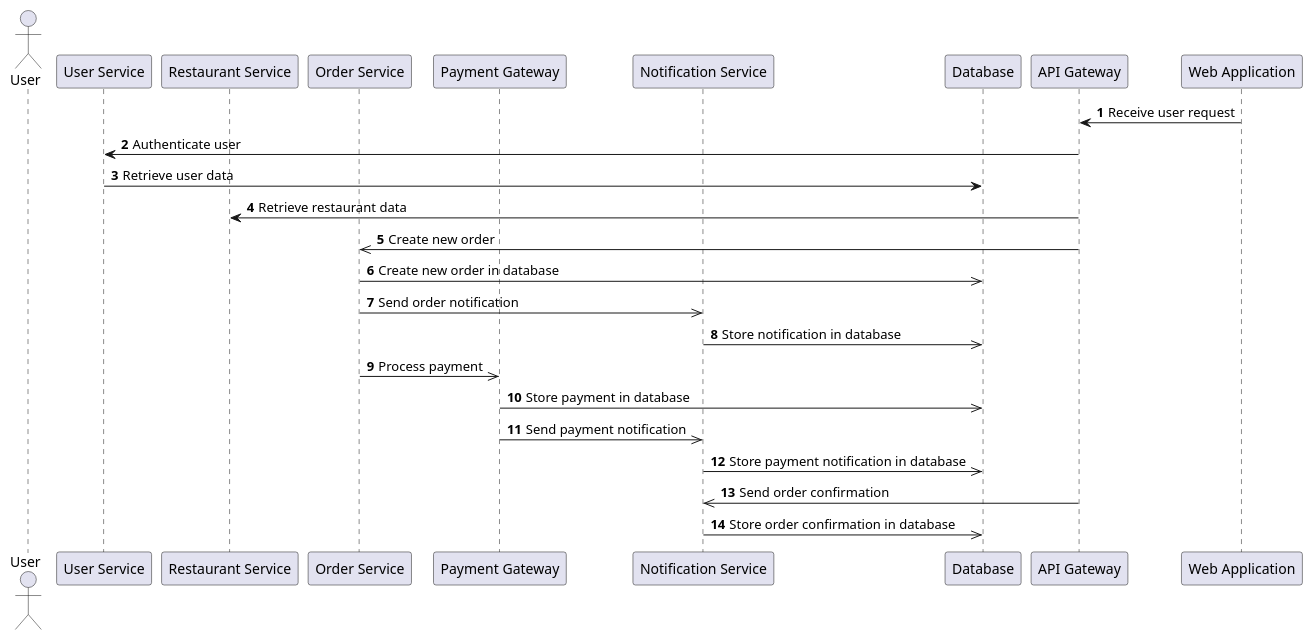
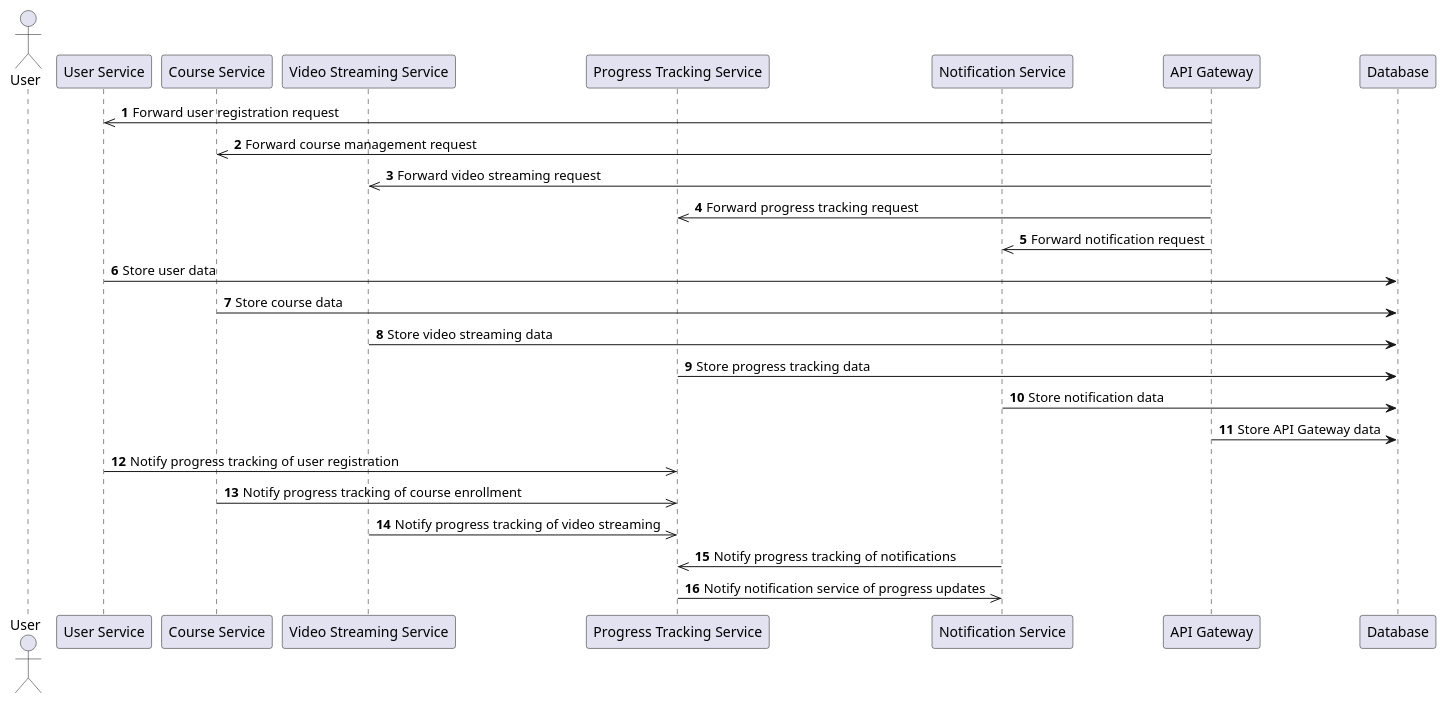
Before and after one commit to YoumnaHanyy/GPARCHIMIND: the diagram in output/process_view.puml, drawn with PlantUML. The commit also changed 22 other files, not shown here.

Commit message:
Added deployment diagram

```diff
--- a/output/process_view.puml
+++ b/output/process_view.puml
@@ -1,26 +1,27 @@
 @startuml
 autonumber
 actor User
 participant "User Service" as UserService
-participant "Restaurant Service" as RestaurantService
-participant "Order Service" as OrderService
-participant "Payment Gateway" as PaymentGateway
+participant "Course Service" as CourseService
+participant "Video Streaming Service" as VideoStreamingService
+participant "Progress Tracking Service" as ProgressTrackingService
 participant "Notification Service" as NotificationService
+participant "API Gateway" as APIGateway
 participant "Database" as Database
-participant "API Gateway" as APIGateway
-participant "Web Application" as WebApplication
-WebApplication -> APIGateway : Receive user request
-APIGateway -> UserService : Authenticate user
-UserService -> Database : Retrieve user data
-APIGateway -> RestaurantService : Retrieve restaurant data
-APIGateway ->> OrderService : Create new order
-OrderService ->> Database : Create new order in database
-OrderService ->> NotificationService : Send order notification
-NotificationService ->> Database : Store notification in database
-OrderService ->> PaymentGateway : Process payment
-PaymentGateway ->> Database : Store payment in database
-PaymentGateway ->> NotificationService : Send payment notification
-NotificationService ->> Database : Store payment notification in database
-APIGateway ->> NotificationService : Send order confirmation
-NotificationService ->> Database : Store order confirmation in database
+APIGateway ->> UserService : Forward user registration request
+APIGateway ->> CourseService : Forward course management request
+APIGateway ->> VideoStreamingService : Forward video streaming request
+APIGateway ->> ProgressTrackingService : Forward progress tracking request
+APIGateway ->> NotificationService : Forward notification request
+UserService -> Database : Store user data
+CourseService -> Database : Store course data
+VideoStreamingService -> Database : Store video streaming data
+ProgressTrackingService -> Database : Store progress tracking data
+NotificationService -> Database : Store notification data
+APIGateway -> Database : Store API Gateway data
+UserService ->> ProgressTrackingService : Notify progress tracking of user registration
+CourseService ->> ProgressTrackingService : Notify progress tracking of course enrollment
+VideoStreamingService ->> ProgressTrackingService : Notify progress tracking of video streaming
+NotificationService ->> ProgressTrackingService : Notify progress tracking of notifications
+ProgressTrackingService ->> NotificationService : Notify notification service of progress updates
 @enduml
```
